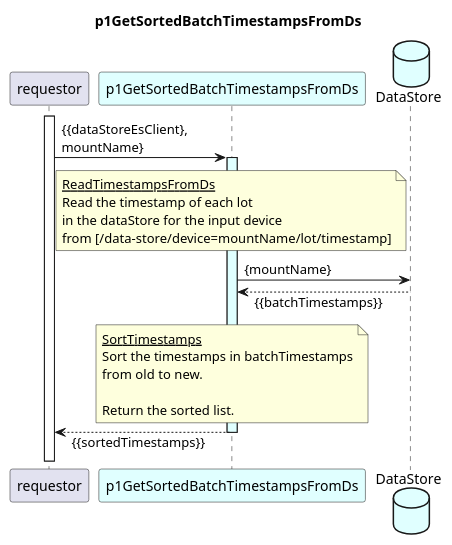
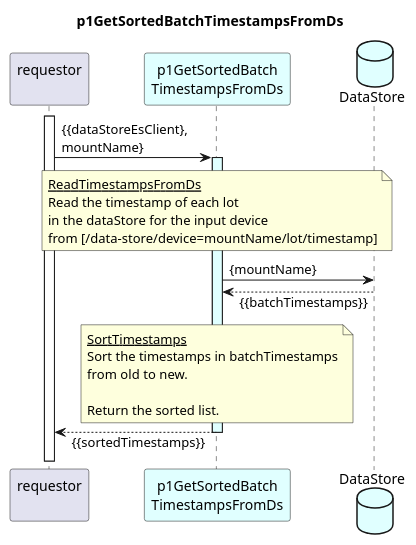
Before and after one commit to openBackhaul/DevicePerformanceManagementDataProcessor: the diagram in spec/Functions/p1StreamPmData/p1MaintainDs/p1GetSortedBatchTimestampsFromDs/p1GetSortedBatchTimestampsFromDs.plantuml, drawn with PlantUML. The commit also changed 3 other files, not shown here.

Commit message:
add changes to highLvlSequence

```diff
--- a/spec/Functions/p1StreamPmData/p1MaintainDs/p1GetSortedBatchTimestampsFromDs/p1GetSortedBatchTimestampsFromDs.plantuml
+++ b/spec/Functions/p1StreamPmData/p1MaintainDs/p1GetSortedBatchTimestampsFromDs/p1GetSortedBatchTimestampsFromDs.plantuml
@@ -1,39 +1,39 @@
 @startuml p1GetSortedBatchTimestampsFromDs
 skinparam responseMessageBelowArrow true
 skinparam SequenceDividerBackgroundColor #LightSalmon
 
 title
   p1GetSortedBatchTimestampsFromDs
 end title
 
-participant "requestor" as requestor
-participant "p1GetSortedBatchTimestampsFromDs" as cur #LightCyan
+participant "requestor\n" as requestor
+participant "p1GetSortedBatch\nTimestampsFromDs" as cur #LightCyan
 database "DataStore" as ds #LightCyan
 
 
 activate requestor
 
 requestor -> cur : {{dataStoreEsClient},\nmountName}
 activate cur #LightCyan
 
   note over cur
     <u>ReadTimestampsFromDs</u>
     Read the timestamp of each lot
     in the dataStore for the input device
     from [/data-store/device=mountName/lot/timestamp]
   end note
   cur -> ds: {mountName}
   cur <-- ds: {{batchTimestamps}}
 
   note over cur
     <u>SortTimestamps</u>
     Sort the timestamps in batchTimestamps
     from old to new.
 
     Return the sorted list.
   end note
   requestor <-- cur: {{sortedTimestamps}}
 
 deactivate cur
 
 @enduml
```
